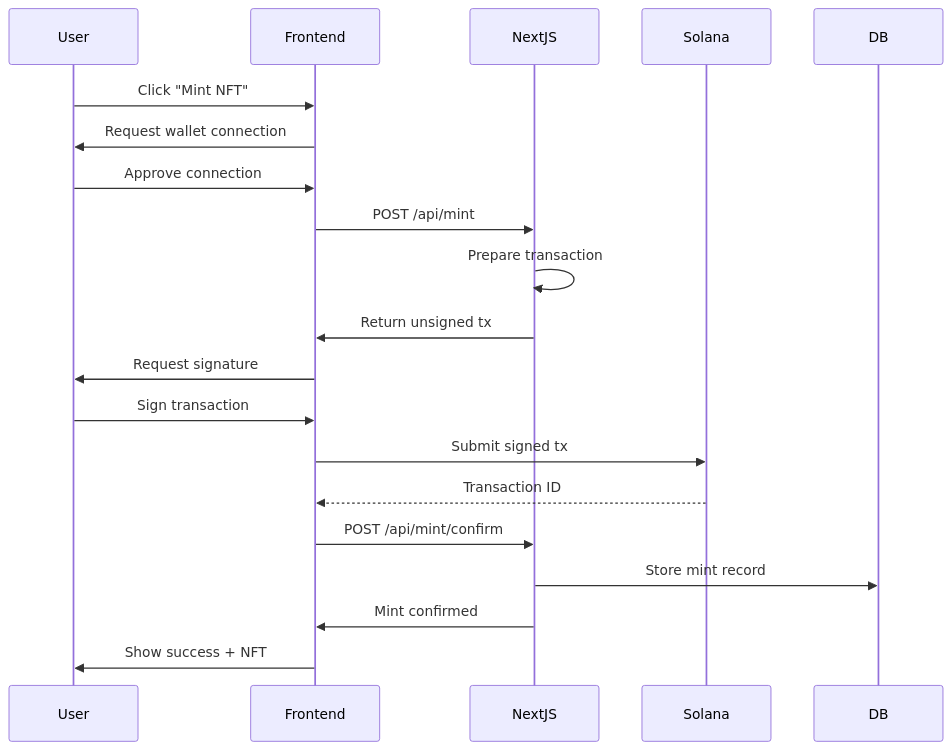
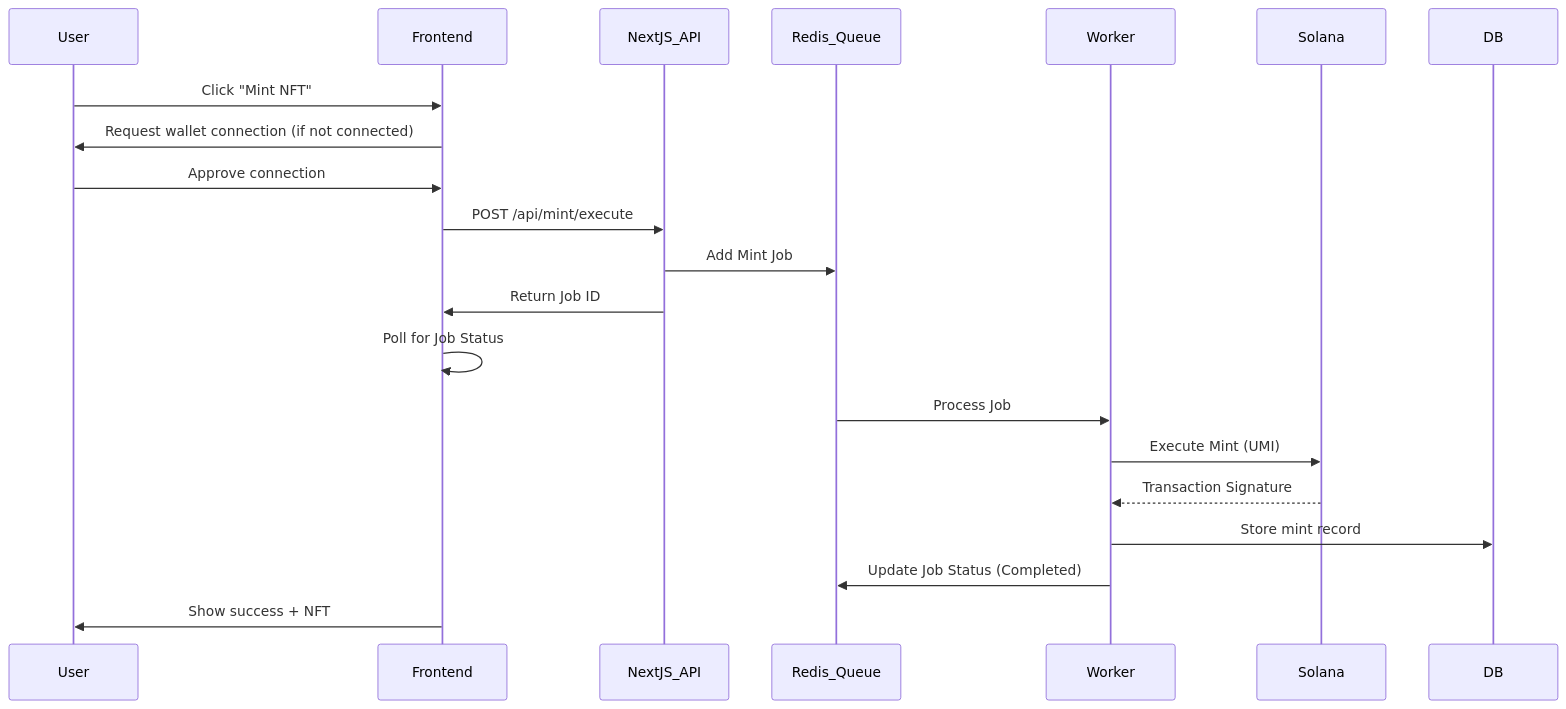
Before and after one commit to cyranoaladin/journey-simulator: the diagram in docs/WEB3_INTEGRATION.md, drawn with Mermaid. The commit also changed other lines of this file and 316 other files, not shown here.

````diff
--- a/docs/WEB3_INTEGRATION.md
+++ b/docs/WEB3_INTEGRATION.md
@@ -63,23 +63,24 @@
 ```mermaid
 sequenceDiagram
     participant User
     participant Frontend
-    participant NextJS
+    participant NextJS_API
+    participant Redis_Queue
+    participant Worker
     participant Solana
     participant DB
 
     User->>Frontend: Click "Mint NFT"
-    Frontend->>User: Request wallet connection
+    Frontend->>User: Request wallet connection (if not connected)
     User->>Frontend: Approve connection
-    Frontend->>NextJS: POST /api/mint
-    NextJS->>NextJS: Prepare transaction
-    NextJS->>Frontend: Return unsigned tx
-    Frontend->>User: Request signature
-    User->>Frontend: Sign transaction
-    Frontend->>Solana: Submit signed tx
-    Solana-->>Frontend: Transaction ID
-    Frontend->>NextJS: POST /api/mint/confirm
-    NextJS->>DB: Store mint record
-    NextJS->>Frontend: Mint confirmed
+    Frontend->>NextJS_API: POST /api/mint/execute
+    NextJS_API->>Redis_Queue: Add Mint Job
+    NextJS_API->>Frontend: Return Job ID
+    Frontend->>Frontend: Poll for Job Status
+    Redis_Queue->>Worker: Process Job
+    Worker->>Solana: Execute Mint (UMI)
+    Solana-->>Worker: Transaction Signature
+    Worker->>DB: Store mint record
+    Worker->>Redis_Queue: Update Job Status (Completed)
     Frontend->>User: Show success + NFT
 ```
````
